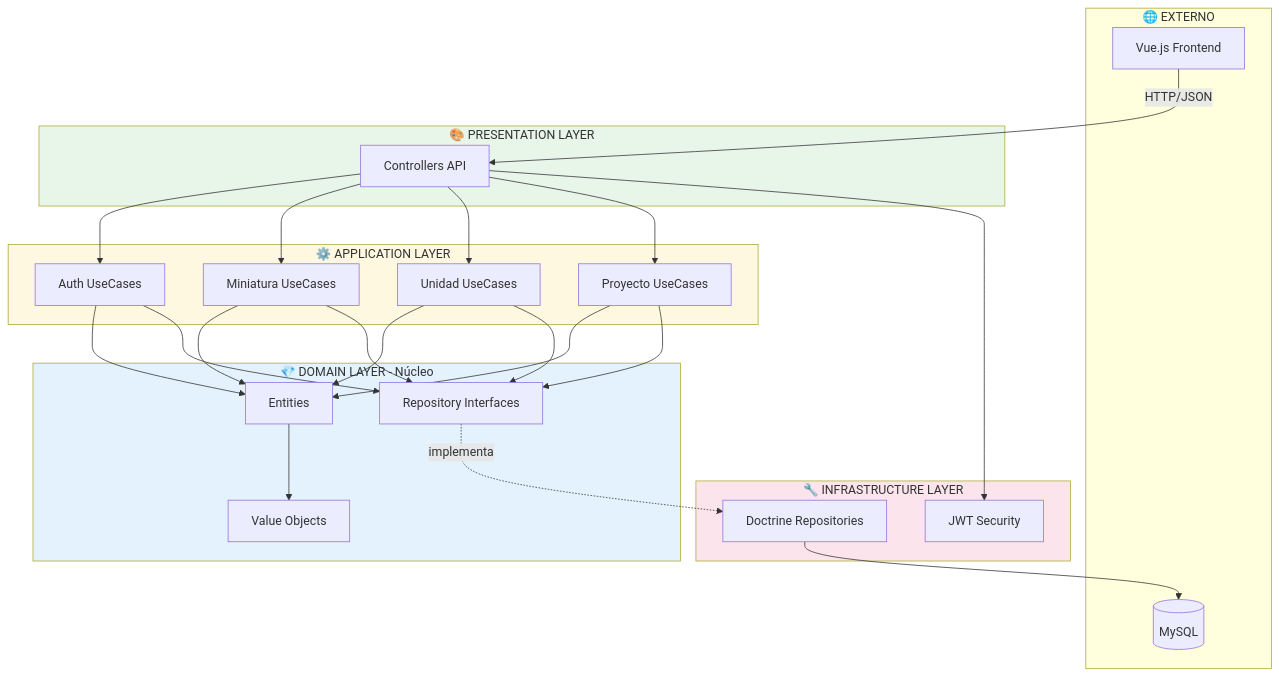
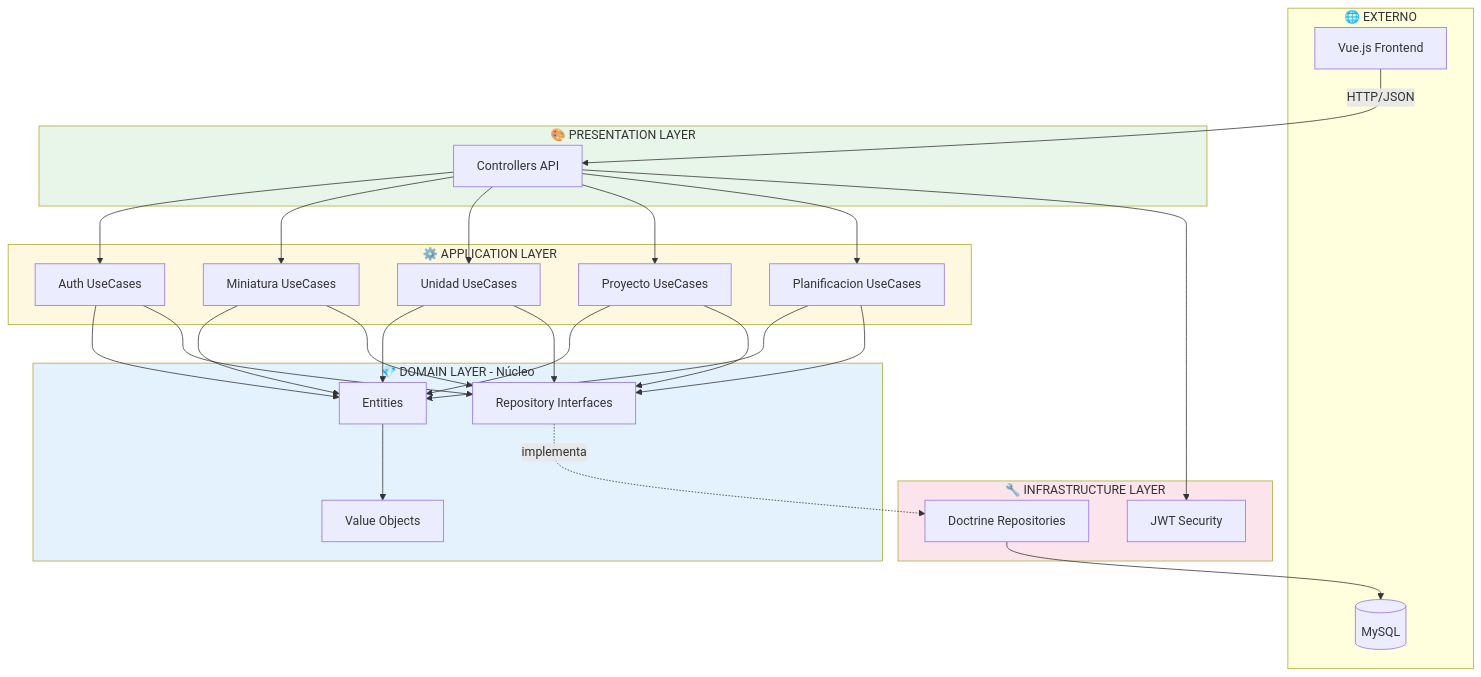
Before and after one commit to adriangromero/hobbyplanner: the first of 3 diagrams in docs/diagrams/architecture.md, drawn with Mermaid. The commit also changed other lines of this file, not shown here.

Commit message:
Add Planificacion UseCases to architecture diagram

````diff
--- a/docs/diagrams/architecture.md
+++ b/docs/diagrams/architecture.md
@@ -4,56 +4,60 @@
 ```mermaid
 graph TB
     subgraph External["🌐 EXTERNO"]
         FE[Vue.js Frontend]
         DB[(MySQL)]
     end
 
     subgraph Presentation["🎨 PRESENTATION LAYER"]
         CTRL[Controllers API]
     end
 
     subgraph Application["⚙️ APPLICATION LAYER"]
         UC_AUTH[Auth UseCases]
         UC_MINI[Miniatura UseCases]
         UC_UNIDAD[Unidad UseCases]
         UC_PROY[Proyecto UseCases]
+        UC_PLAN[Planificacion UseCases]
     end
 
     subgraph Domain["💎 DOMAIN LAYER - Núcleo"]
         ENT[Entities]
         VO[Value Objects]
         REPO_INT[Repository Interfaces]
     end
 
     subgraph Infrastructure["🔧 INFRASTRUCTURE LAYER"]
         REPO_IMPL[Doctrine Repositories]
         JWT[JWT Security]
     end
 
     FE -->|HTTP/JSON| CTRL
     CTRL --> UC_AUTH
     CTRL --> UC_MINI
     CTRL --> UC_UNIDAD
     CTRL --> UC_PROY
+    CTRL --> UC_PLAN
     
     UC_AUTH --> ENT
     UC_MINI --> ENT
     UC_UNIDAD --> ENT
     UC_PROY --> ENT
+    UC_PLAN --> ENT
     
     UC_AUTH --> REPO_INT
     UC_MINI --> REPO_INT
     UC_UNIDAD --> REPO_INT
     UC_PROY --> REPO_INT
+    UC_PLAN --> REPO_INT
     
     ENT --> VO
     
     REPO_INT -.->|implementa| REPO_IMPL
     REPO_IMPL --> DB
     CTRL --> JWT
 
     style Domain fill:#e3f2fd
     style Application fill:#fff8e1
     style Infrastructure fill:#fce4ec
     style Presentation fill:#e8f5e9
 ```
````
